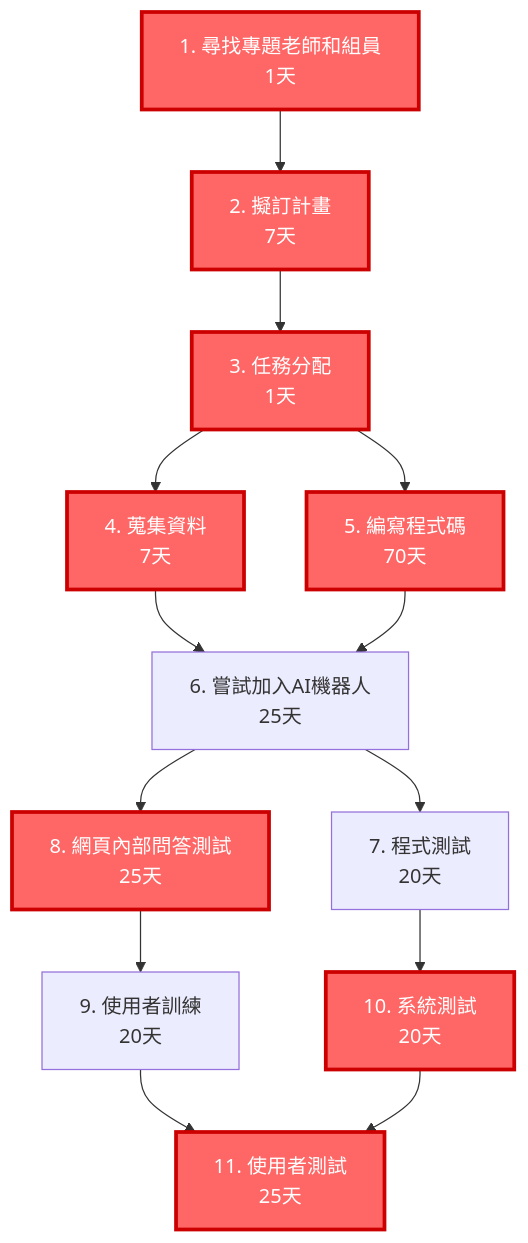
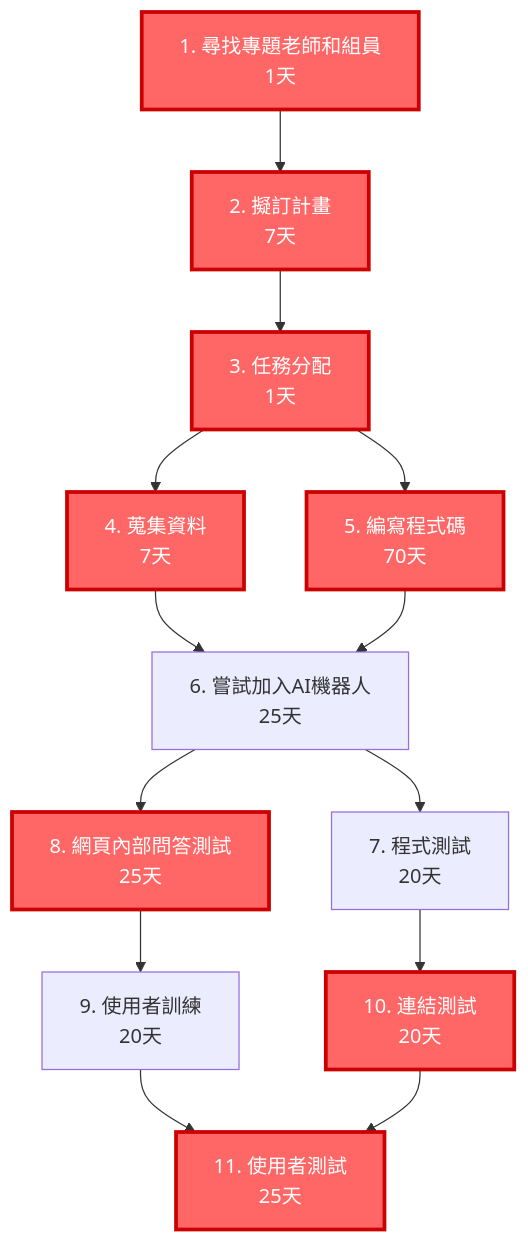
The first of 3 diagrams in hw2.md (c112118202-droid/-), drawn with Mermaid before and after one commit. The commit also changed other lines of this file, not shown here.

````diff
--- a/hw2.md
+++ b/hw2.md
@@ -8,19 +8,19 @@
 ```mermaid
 graph TD
     A[1. 尋找專題老師和組員<br/>1天] --> B[2. 擬訂計畫<br/>7天]
     B --> C[3. 任務分配<br/>1天]
     C --> D[4. 蒐集資料<br/>7天]
     C --> E[5. 編寫程式碼<br/>70天]
     D --> G
     E --> G[6. 嘗試加入AI機器人<br/>25天]
     G --> H[7. 程式測試<br/>20天]
     G --> I[8. 網頁內部問答測試<br/>25天]
     I --> J[9. 使用者訓練<br/>20天]
-    H --> K[10. 系統測試<br/>20天]
+    H --> K[10. 連結測試<br/>20天]
     J --> L[11. 使用者測試<br/>25天]
     K --> L
     
     class A,B,C,D,E,F,I,K,L critical
     classDef critical fill:#ff6666,stroke:#cc0000,stroke-width:3px,color:#ffffff;
     classDef normal fill:#f0f0f0,stroke:#333,stroke-width:2px,color:#000000;
 ```
````
